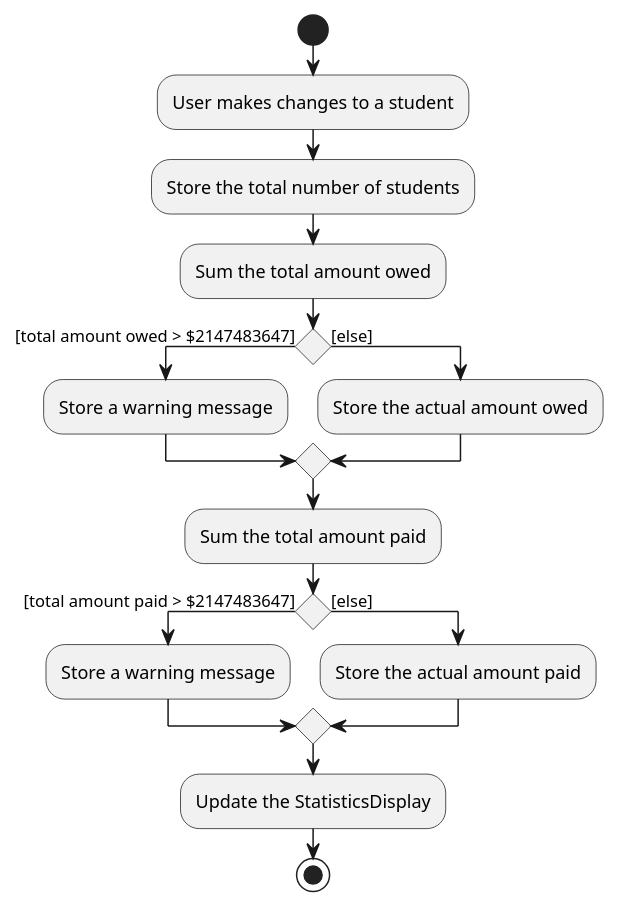
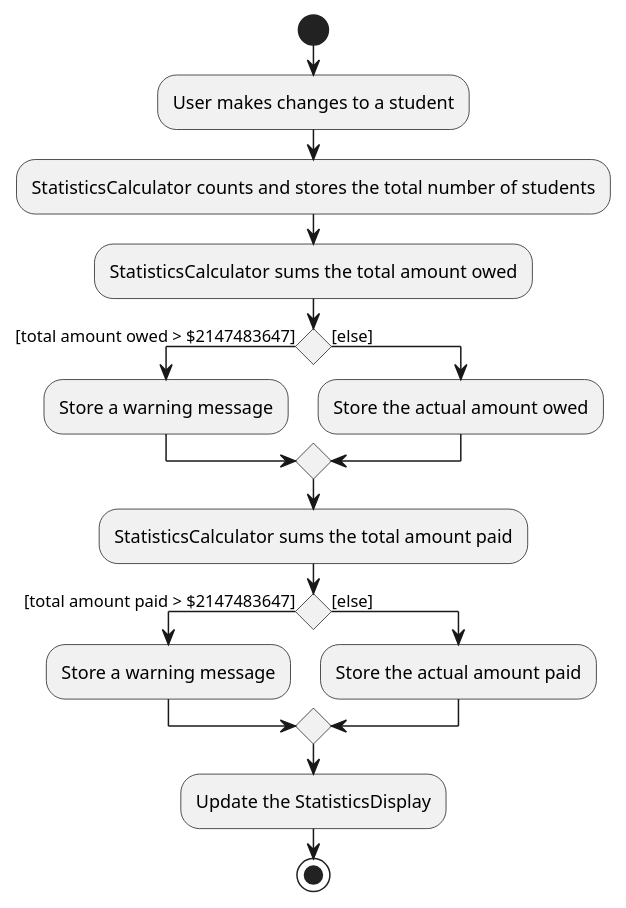
One commit to nus-cs2103-AY2223S1/tp changed the diagram in docs/diagrams/StatisticsWindowActivityDiagram.puml. Above: the diagram before and after it, drawn with PlantUML. The commit also changed 13 other files, not shown here.

```diff
--- a/docs/diagrams/StatisticsWindowActivityDiagram.puml
+++ b/docs/diagrams/StatisticsWindowActivityDiagram.puml
@@ -1,30 +1,30 @@
 @startuml
 start
 :User makes changes to a student;
 
 'Since the beta syntax does not support placing the condition outside the
 'diamond we place it as the true branch instead.
 
-:Store the total number of students;
+:StatisticsCalculator counts and stores the total number of students;
 
-:Sum the total amount owed;
+:StatisticsCalculator sums the total amount owed;
 
 if () then ([total amount owed > $2147483647])
     :Store a warning message;
 else ([else])
     :Store the actual amount owed;
 
 endif
 
-:Sum the total amount paid;
+:StatisticsCalculator sums the total amount paid;
 
 if () then ([total amount paid > $2147483647])
     :Store a warning message;
 else ([else])
     :Store the actual amount paid;
 
 endif
 
 :Update the StatisticsDisplay;
 stop
 @enduml
```
